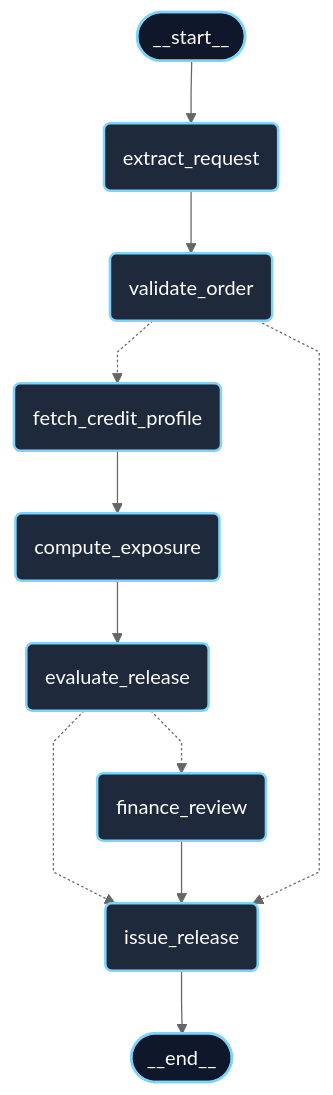
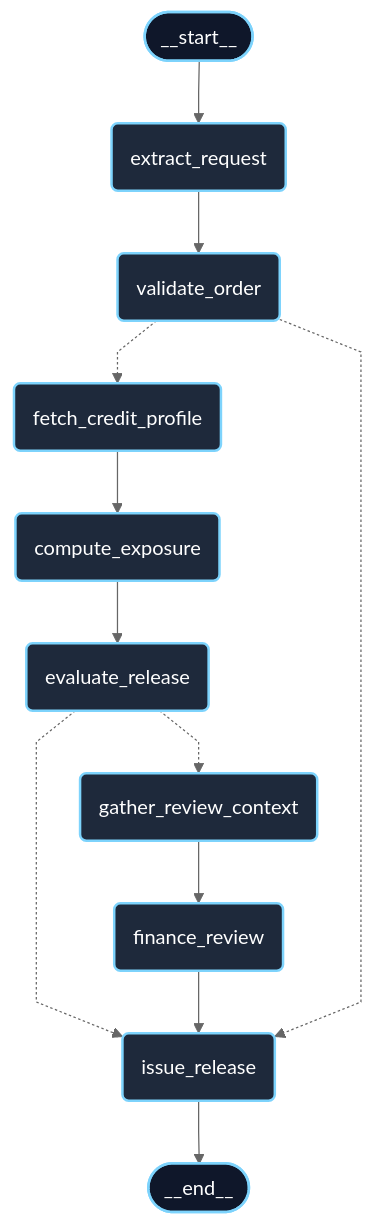
Before and after one commit to AndreAH2207/aguirre_andre_modulo3: the first of 3 diagrams in EVIDENCIAS.md, drawn with Mermaid (neutral theme). The commit also changed other lines of this file and 18 other files, not shown here.

````diff
--- a/EVIDENCIAS.md
+++ b/EVIDENCIAS.md
@@ -180,30 +552,32 @@
 ```mermaid
 ---
 config:
   flowchart:
     curve: linear
 ---
 graph TD;
 	__start__([<p>__start__</p>]):::first
 	extract_request(extract_request)
 	validate_order(validate_order)
 	fetch_credit_profile(fetch_credit_profile)
 	compute_exposure(compute_exposure)
 	evaluate_release(evaluate_release)
+	gather_review_context(gather_review_context)
 	finance_review(finance_review)
 	issue_release(issue_release)
 	__end__([<p>__end__</p>]):::last
 	__start__ --> extract_request;
 	compute_exposure --> evaluate_release;
-	evaluate_release -.-> finance_review;
+	evaluate_release -.-> gather_review_context;
 	evaluate_release -.-> issue_release;
 	extract_request --> validate_order;
 	fetch_credit_profile --> compute_exposure;
 	finance_review --> issue_release;
+	gather_review_context --> finance_review;
 	validate_order -.-> fetch_credit_profile;
 	validate_order -.-> issue_release;
 	issue_release --> __end__;
 	classDef default fill:#1e293b,stroke:#7dd3fc,stroke-width:2px,color:#ffffff
 	classDef first fill:#0f172a,stroke:#7dd3fc,stroke-width:2px,color:#ffffff
 	classDef last fill:#0f172a,stroke:#7dd3fc,stroke-width:2px,color:#ffffff
 ```
````
